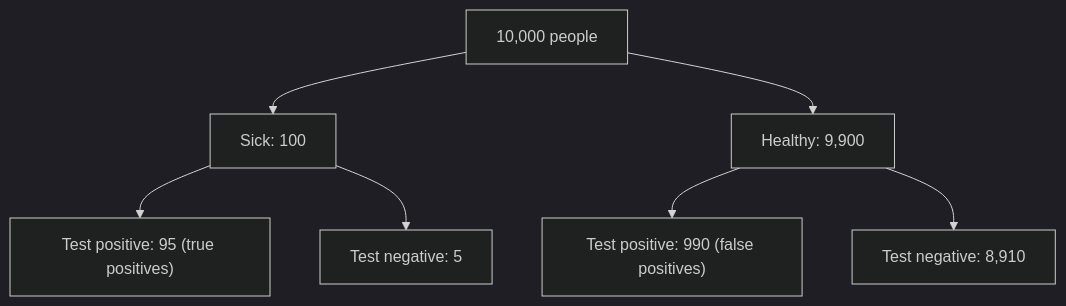
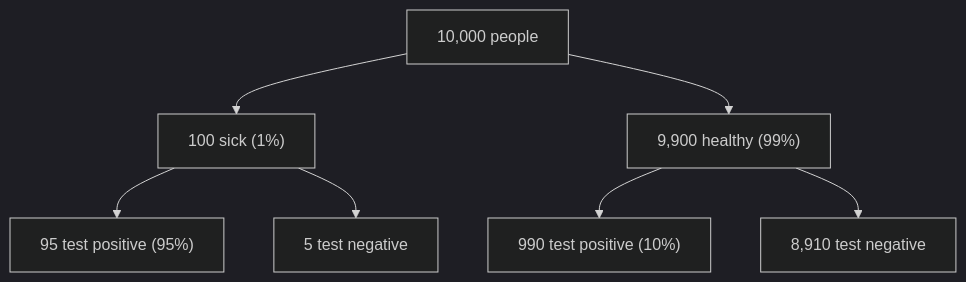
The diagram in eval/figure/generated/haiku/s-bayes.md (vrevolverrr/vicher), drawn with Mermaid (dark theme) before and after one commit. The commit also changed other lines of this file and 145 other files, not shown here.

First line of the commit message:
fix(figure): renderer defects found in the figure rating (#14)

````diff
--- a/eval/figure/generated/haiku/s-bayes.md
+++ b/eval/figure/generated/haiku/s-bayes.md
@@ -5,9 +5,9 @@
 ```mermaid
 flowchart TD
-  A["10,000 people"] --> B["Sick: 100"]
-  A --> C["Healthy: 9,900"]
-  B --> D["Test positive: 95 (true positives)"]
-  B --> E["Test negative: 5"]
-  C --> F["Test positive: 990 (false positives)"]
-  C --> G["Test negative: 8,910"]
+    A["10,000 people"] --> B["100 sick (1%)"]
+    A --> C["9,900 healthy (99%)"]
+    B --> D["95 test positive (95%)"]
+    B --> E["5 test negative"]
+    C --> F["990 test positive (10%)"]
+    C --> G["8,910 test negative"]
 ```
````
